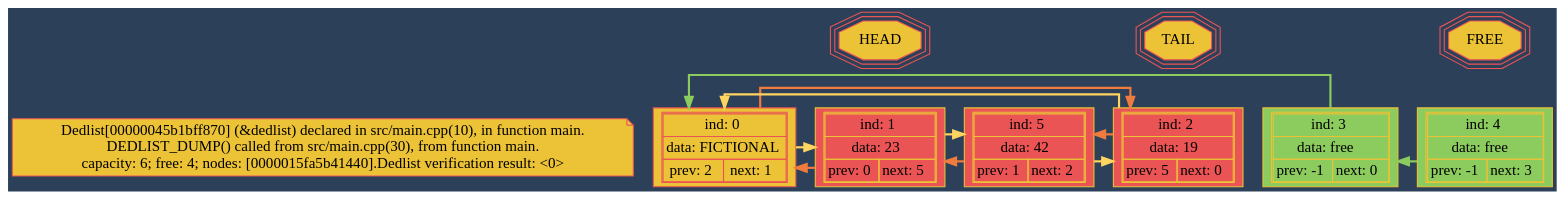
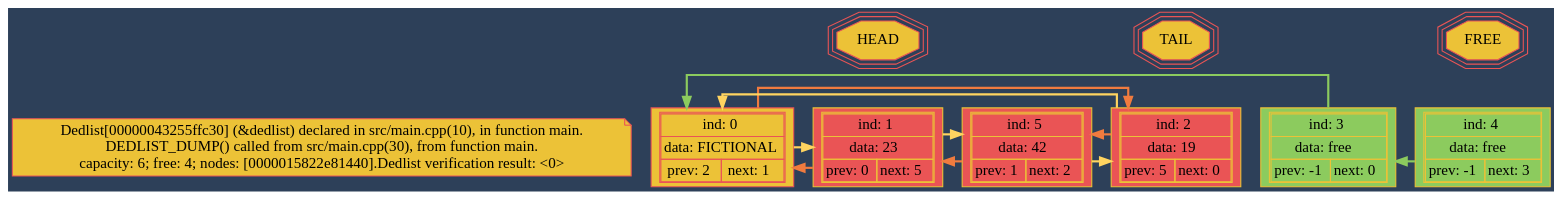
Before and after one commit to Feanor-19/dedlist: the diagram in dumps/dedlist_dump.dot, drawn with Graphviz. The commit also changed 3 other files, not shown here.

```diff
--- a/dumps/dedlist_dump.dot
+++ b/dumps/dedlist_dump.dot
@@ -1,99 +1,99 @@
 digraph{
 splines=ortho;
 bgcolor="#2D4059";
 
 
 NODE_TEXT[shape=note, fontname="verdana",
 style=bold, style=filled,
 color="#EA5455", fillcolor="#ECC237",
-label = "Dedlist[00000045b1bff870] (&dedlist) declared in src/main.cpp(10), in function main.\nDEDLIST_DUMP() called from src/main.cpp(30), from function main.\ncapacity: 6; free: 4; nodes: [0000015fa5b41440].Dedlist verification result: <0>
+label = "Dedlist[00000043255ffc30] (&dedlist) declared in src/main.cpp(10), in function main.\nDEDLIST_DUMP() called from src/main.cpp(30), from function main.\ncapacity: 6; free: 4; nodes: [0000015822e81440].Dedlist verification result: <0>
 "]
 
 
 NODE_0[shape="record", fontname="verdana",
 style=bold, style=filled,
 color="#EA5455", fillcolor="#ECC237",
 label = <<table cellspacing="0">
 <tr><td colspan="2">ind: 0</td></tr>
 <tr><td colspan="2">data: FICTIONAL</td></tr>
 <tr><td>prev: 2</td><td>next: 1</td></tr></table>>];
 
 
 NODE_1[shape="record", fontname="verdana",
 style=bold, style=filled,
 color="#ECC237", fillcolor="#EA5455",
 label = <<table cellspacing="0">
 <tr><td colspan="2">ind: 1</td></tr>
 <tr><td colspan="2">data: 23</td></tr>
 <tr><td>prev: 0</td><td>next: 5</td></tr></table>>];
 
 NODE_2[shape="record", fontname="verdana",
 style=bold, style=filled,
 color="#ECC237", fillcolor="#EA5455",
 label = <<table cellspacing="0">
 <tr><td colspan="2">ind: 2</td></tr>
 <tr><td colspan="2">data: 19</td></tr>
 <tr><td>prev: 5</td><td>next: 0</td></tr></table>>];
 
 NODE_3[shape="record", fontname="verdana",
 style=bold, style=filled,
 color="#ECC237", fillcolor="#8ccb5e",
 label = <<table cellspacing="0">
 <tr><td colspan="2">ind: 3</td></tr>
 <tr><td colspan="2">data: free</td></tr>
 <tr><td>prev: -1</td><td>next: 0</td></tr></table>>];
 
 NODE_4[shape="record", fontname="verdana",
 style=bold, style=filled,
 color="#ECC237", fillcolor="#8ccb5e",
 label = <<table cellspacing="0">
 <tr><td colspan="2">ind: 4</td></tr>
 <tr><td colspan="2">data: free</td></tr>
 <tr><td>prev: -1</td><td>next: 3</td></tr></table>>];
 
 NODE_5[shape="record", fontname="verdana",
 style=bold, style=filled,
 color="#ECC237", fillcolor="#EA5455",
 label = <<table cellspacing="0">
 <tr><td colspan="2">ind: 5</td></tr>
 <tr><td colspan="2">data: 42</td></tr>
 <tr><td>prev: 1</td><td>next: 2</td></tr></table>>];
 
 HEAD[shape=tripleoctagon, style=filled,
 fontname="verdana", color="#EA5455", fillcolor="#ECC237"];
 
 TAIL[shape=tripleoctagon, style=filled,
 fontname="verdana", color="#EA5455", fillcolor="#ECC237"];
 
 FREE[shape=tripleoctagon, style=filled,
 fontname="verdana", color="#EA5455", fillcolor="#ECC237"];
 
 
 {rank=same; NODE_TEXT NODE_0 NODE_1 NODE_2 NODE_3 NODE_4 NODE_5 }
 NODE_TEXT->NODE_0[weight=10, style=invis];
 NODE_0->NODE_1[weight=10, style=invis];
 NODE_1->NODE_2[weight=10, style=invis];
 NODE_2->NODE_3[weight=10, style=invis];
 NODE_3->NODE_4[weight=10, style=invis];
 NODE_4->NODE_5[weight=10, style=invis];
 HEAD->NODE_1[style=invis];
 TAIL->NODE_2[style=invis];
 FREE->NODE_4[style=invis];
 
 
 NODE_0->NODE_2[color="#F07B3F", penwidth=2];
 NODE_0->NODE_1[color="#FFD460", penwidth=2];
 
 NODE_1->NODE_0[color="#F07B3F", penwidth=2];
 NODE_1->NODE_5[color="#FFD460", penwidth=2];
 
 NODE_2->NODE_5[color="#F07B3F", penwidth=2];
 NODE_2->NODE_0[color="#FFD460", penwidth=2];
 
 NODE_3->NODE_0[color="#8ccb5e", penwidth=2];
 NODE_4->NODE_3[color="#8ccb5e", penwidth=2];
 NODE_5->NODE_1[color="#F07B3F", penwidth=2];
 NODE_5->NODE_2[color="#FFD460", penwidth=2];
 
 
 }
```
